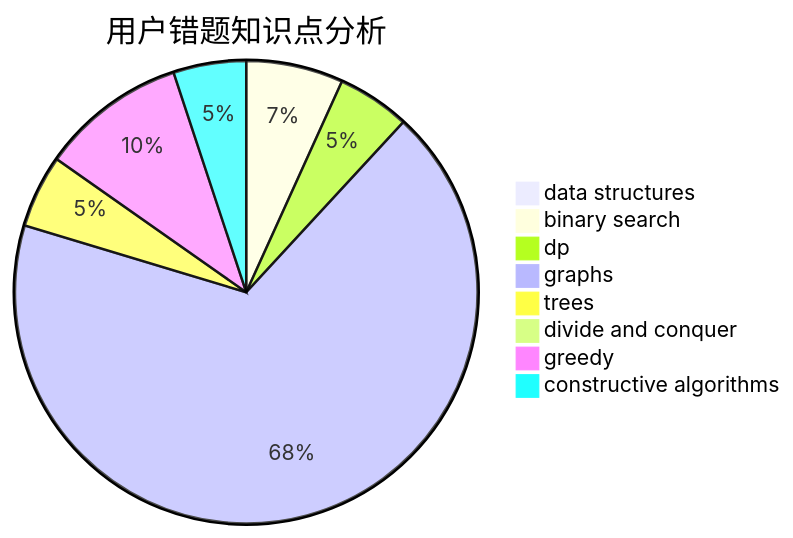
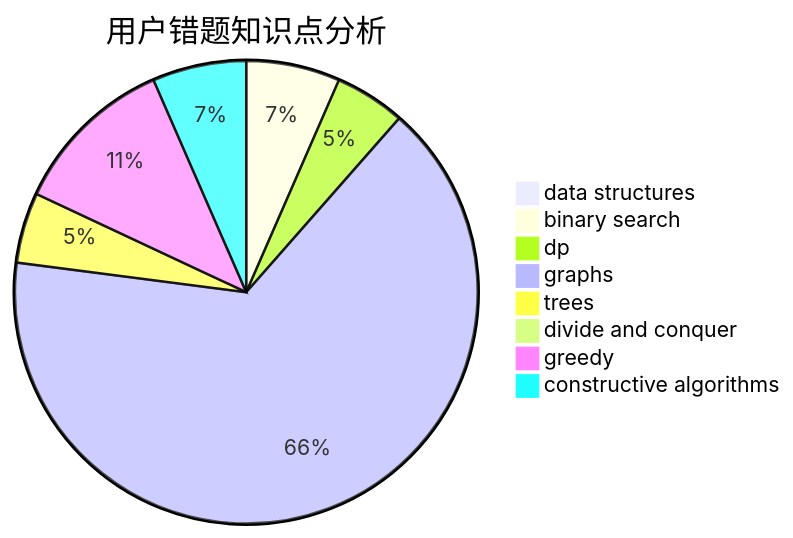
One commit to sherpahu/cfrs.github.io changed the third of 3 diagrams in docs/user/u2177.md. Above: the diagram before and after it, drawn with Mermaid. The commit also changed other lines of this file and 2770 other files, not shown here.

````diff
--- a/docs/user/u2177.md
+++ b/docs/user/u2177.md
@@ -36,11 +36,11 @@
 ```mermaid
 pie title 用户错题知识点分析
     "data structures" :  0
     "binary search" :  4
     "dp" :  3
     "graphs" :  40
     "trees" :  3
     "divide and conquer" :  0
-    "greedy" :  6
-    "constructive algorithms" :  3
+    "greedy" :  7
+    "constructive algorithms" :  4
 ```
````
